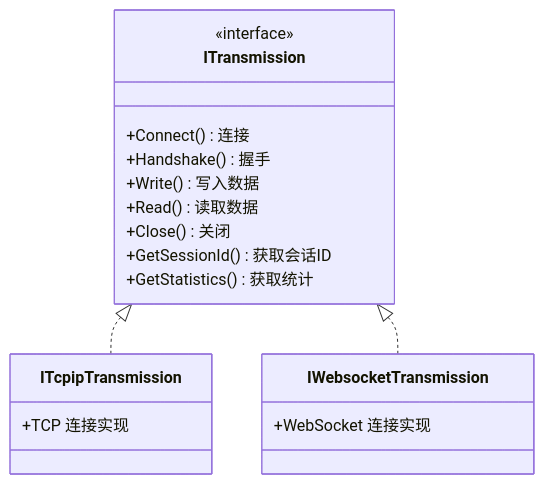
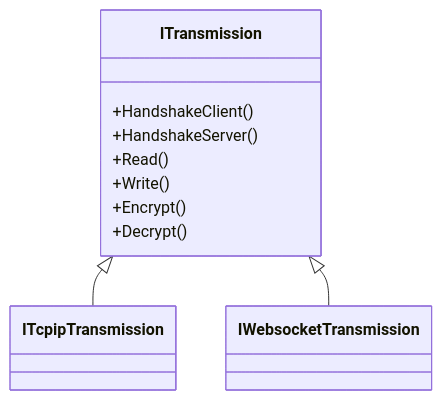
One commit to HyacinthHaru/openppp2 changed the second of 4 diagrams in docs/TRANSMISSION_CN.md. Above: the diagram before and after it, drawn with Mermaid. The commit also changed other lines of this file and 45 other files, not shown here.

````diff
--- a/docs/TRANSMISSION_CN.md
+++ b/docs/TRANSMISSION_CN.md
@@ -100,24 +57,15 @@
 ```mermaid
 classDiagram
     class ITransmission {
-        <<interface>>
-        +Connect() 连接
-        +Handshake() 握手
-        +Write() 写入数据
-        +Read() 读取数据
-        +Close() 关闭
-        +GetSessionId() 获取会话ID
-        +GetStatistics() 获取统计
+        +HandshakeClient()
+        +HandshakeServer()
+        +Read()
+        +Write()
+        +Encrypt()
+        +Decrypt()
     }
-    
-    class ITcpipTransmission {
-        +TCP 连接实现
-    }
-    
-    class IWebsocketTransmission {
-        +WebSocket 连接实现
-    }
-    
-    ITransmission <|.. ITcpipTransmission
-    ITransmission <|.. IWebsocketTransmission
+    class ITcpipTransmission
+    class IWebsocketTransmission
+    ITransmission <|-- ITcpipTransmission
+    ITransmission <|-- IWebsocketTransmission
 ```
````
